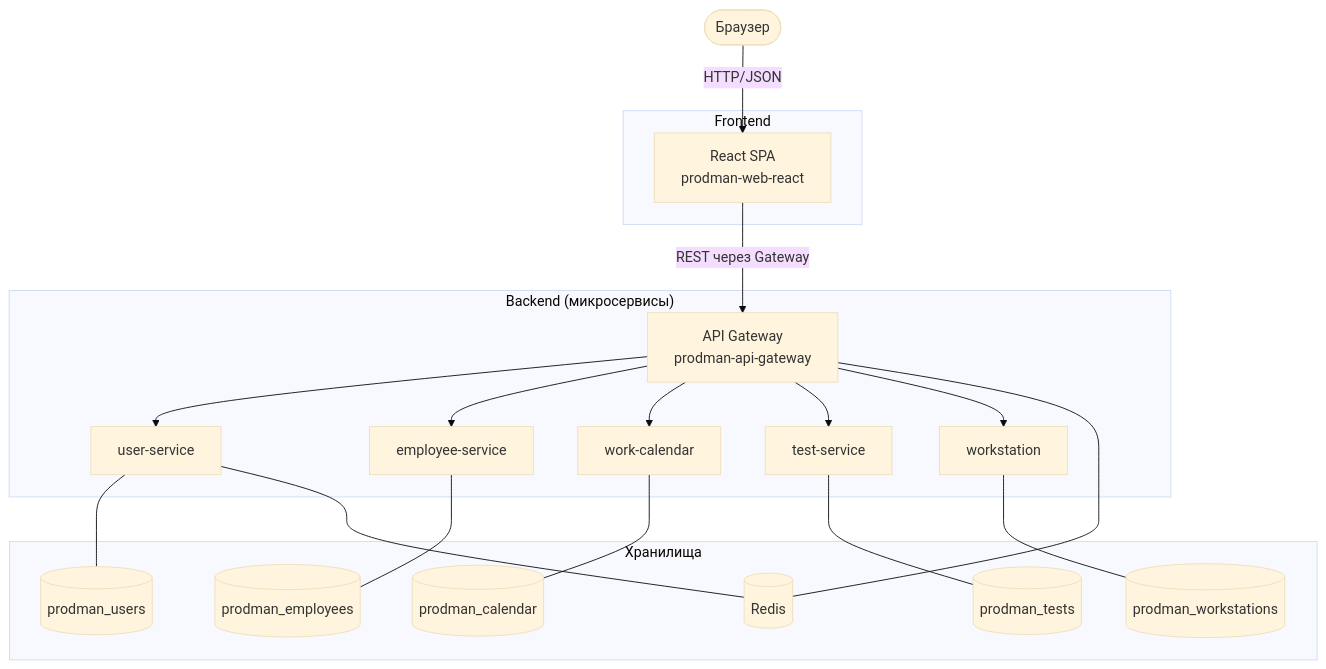
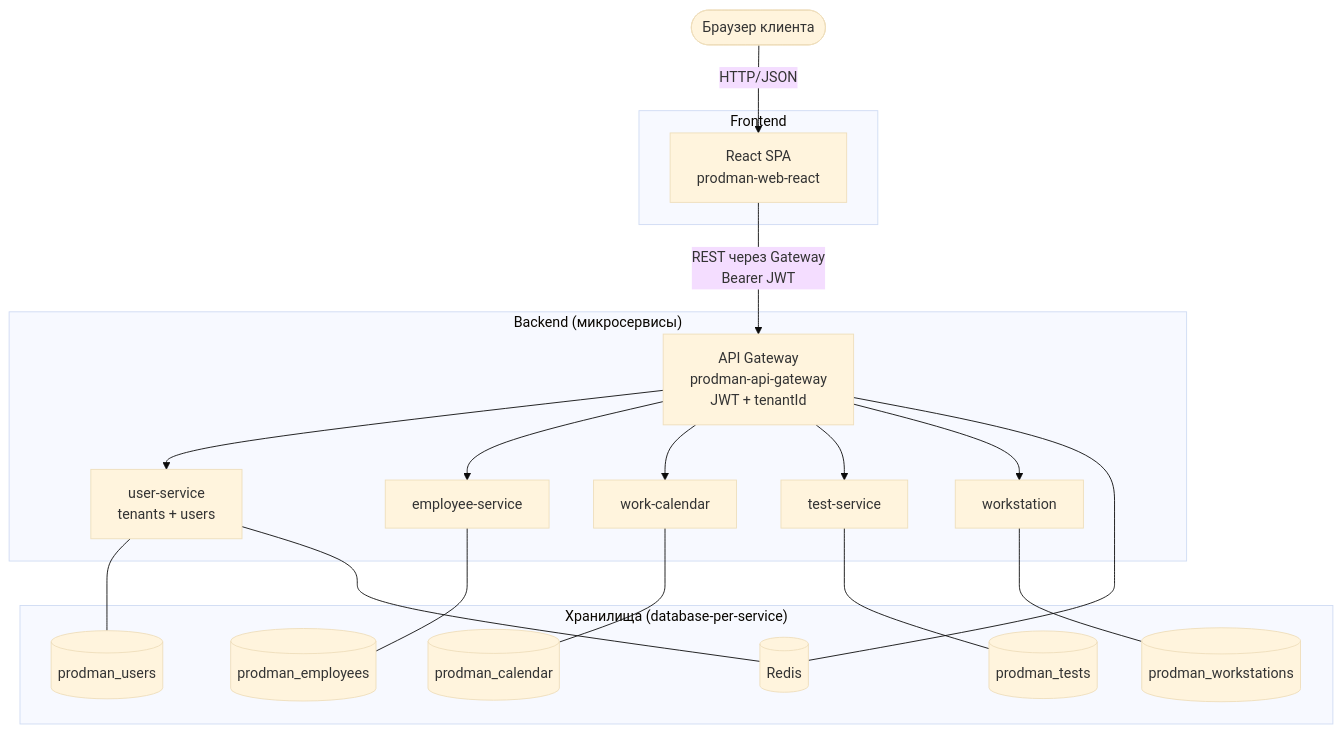
The second of 4 diagrams in docs/architecture.md (DaurenMash/production_manager), drawn with Mermaid (base theme) before and after one commit. The commit also changed other lines of this file and 7 other files, not shown here.

Commit message:
docs: switch to SaaS model, add tenancy ADR and employee schema

````diff
--- a/docs/architecture.md
+++ b/docs/architecture.md
@@ -21,44 +25,44 @@
 ```mermaid
 flowchart TB
-    Browser([Браузер])
+    Browser([Браузер клиента])
 
     subgraph Front["Frontend"]
         SPA[React SPA<br/>prodman-web-react]
     end
 
     subgraph Back["Backend (микросервисы)"]
-        GW[API Gateway<br/>prodman-api-gateway]
-        US[user-service]
+        GW[API Gateway<br/>prodman-api-gateway<br/>JWT + tenantId]
+        US[user-service<br/>tenants + users]
         ES[employee-service]
         WC[work-calendar]
         TS[test-service]
         WS[workstation]
     end
 
-    subgraph Data["Хранилища"]
+    subgraph Data["Хранилища (database-per-service)"]
         DBU[(prodman_users)]
         DBE[(prodman_employees)]
         DBW[(prodman_calendar)]
         DBT[(prodman_tests)]
         DBX[(prodman_workstations)]
         RDS[(Redis)]
     end
 
     Browser -->|HTTP/JSON| SPA
-    SPA -->|REST через Gateway| GW
+    SPA -->|REST через Gateway<br/>Bearer JWT| GW
 
     GW --> US
     GW --> ES
     GW --> WC
     GW --> TS
     GW --> WS
 
     US --- DBU
     ES --- DBE
     WC --- DBW
     TS --- DBT
     WS --- DBX
 
     GW --- RDS
     US --- RDS
 ```
````
